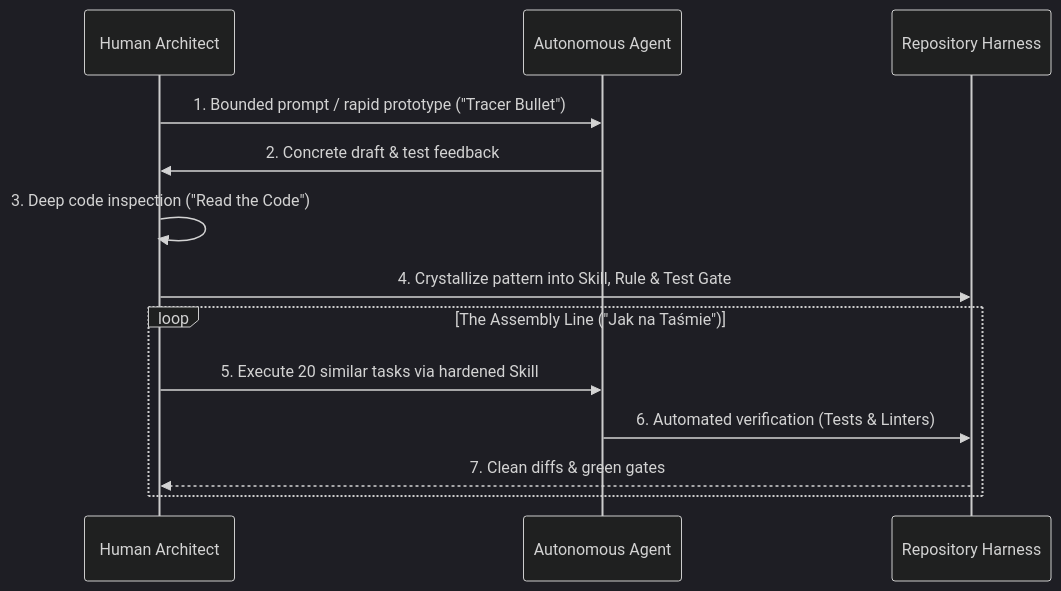
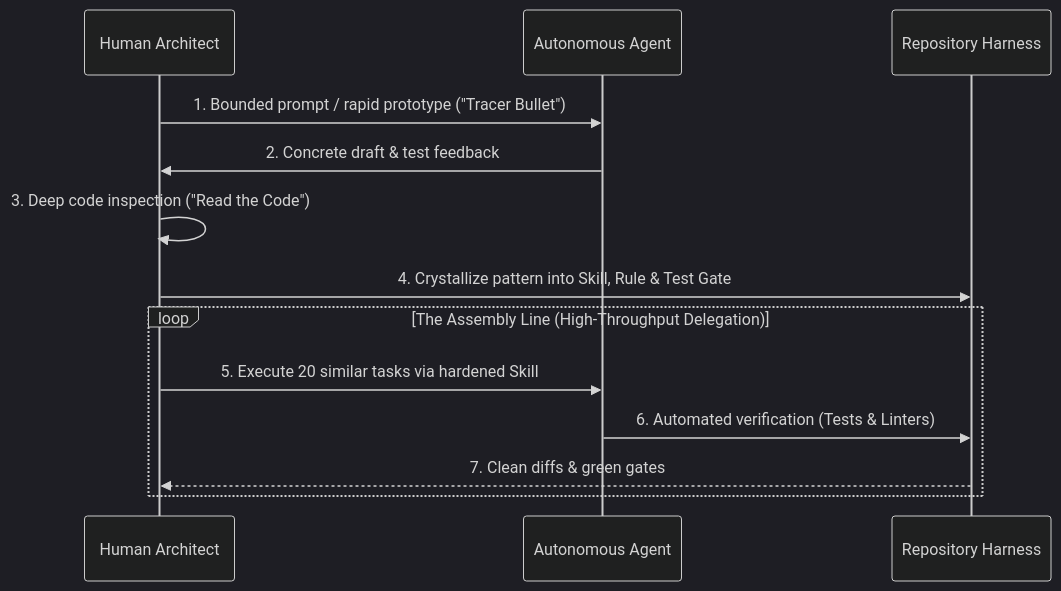
The diagram in 02 Harness, Governance & Verification/Code Review & Lifecycles/How AI Changes Prototyping and the Path from PoC to Production.md (tomek-anuszkiewicz/obsidian-devnotes), drawn with Mermaid (dark theme) before and after one commit. The commit also changed 1 other file, not shown here.

Commit message:
fix(notes): purge non-English Polish phrases from Conductor Pattern and Prototyping notes

````diff
--- a/02 Harness, Governance & Verification/Code Review & Lifecycles/How AI Changes Prototyping and the Path from PoC to Production.md
+++ b/02 Harness, Governance & Verification/Code Review & Lifecycles/How AI Changes Prototyping and the Path from PoC to Production.md
@@ -198,16 +198,16 @@
 ```mermaid
 sequenceDiagram
     participant Conductor as Human Architect
     participant Agent as Autonomous Agent
     participant Harness as Repository Harness
 
     Conductor->>Agent: 1. Bounded prompt / rapid prototype ("Tracer Bullet")
     Agent->>Conductor: 2. Concrete draft & test feedback
     Conductor->>Conductor: 3. Deep code inspection ("Read the Code")
     Conductor->>Harness: 4. Crystallize pattern into Skill, Rule & Test Gate
-    loop The Assembly Line ("Jak na Taśmie")
+    loop The Assembly Line (High-Throughput Delegation)
         Conductor->>Agent: 5. Execute 20 similar tasks via hardened Skill
         Agent->>Harness: 6. Automated verification (Tests & Linters)
         Harness-->>Conductor: 7. Clean diffs & green gates
     end
 ```
````
